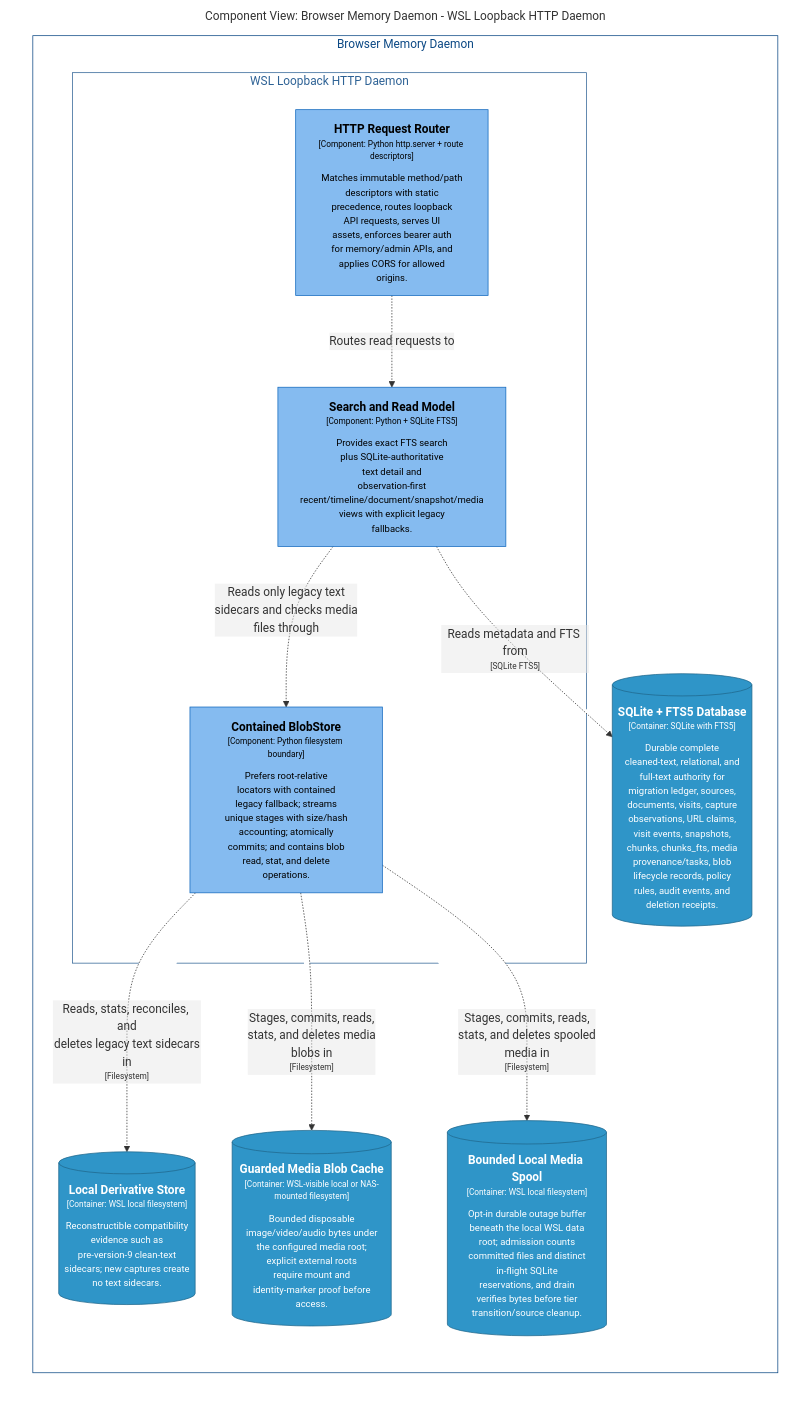
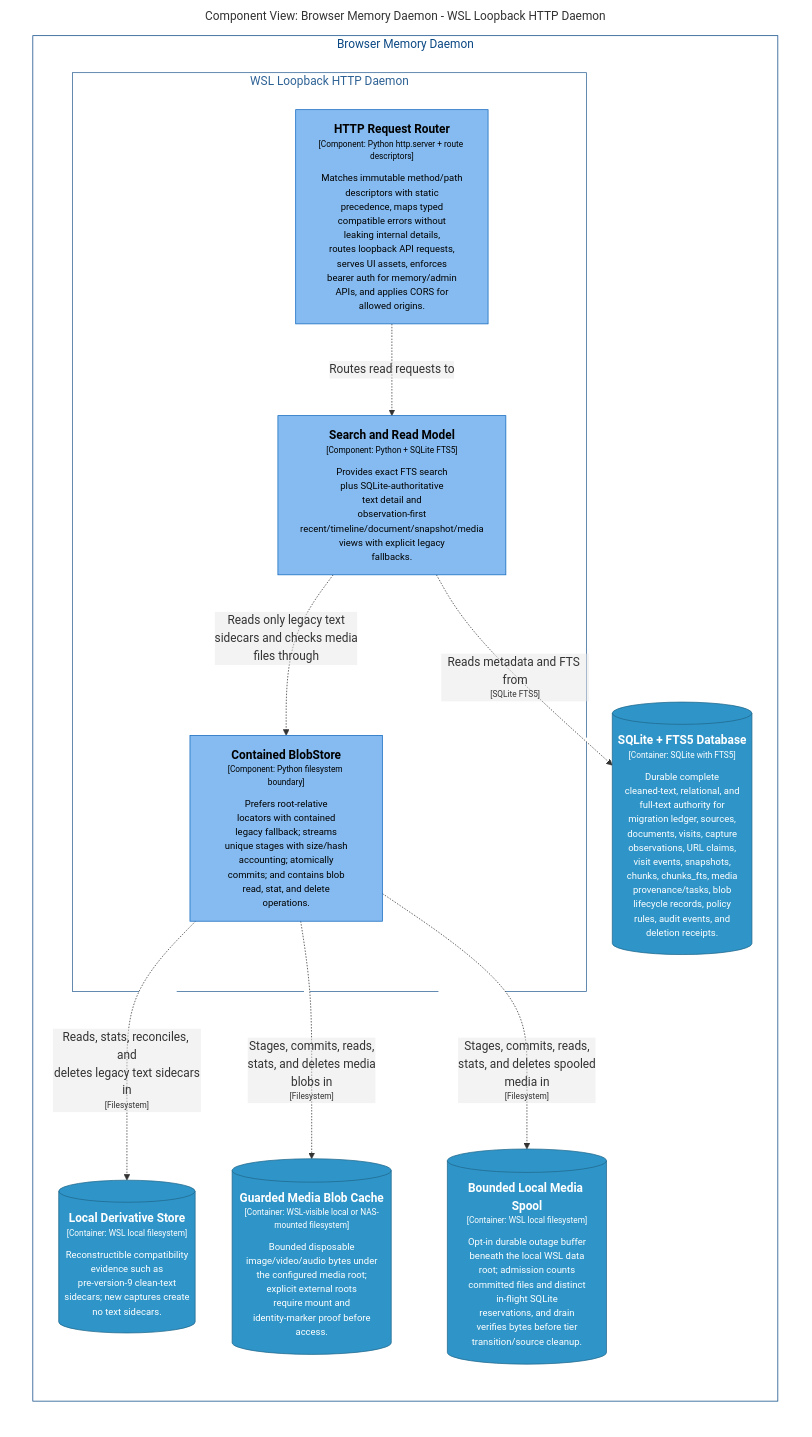
One commit to michaelnicks0/browser-memory-daemon changed the diagram in docs/architecture/diagrams/markdown/DaemonReadComponents.md. Above: the diagram before and after it, drawn with Mermaid. The commit also changed 95 other files, not shown here.

Commit message:
refactor(http): add typed compatible errors

````diff
--- a/docs/architecture/diagrams/markdown/DaemonReadComponents.md
+++ b/docs/architecture/diagrams/markdown/DaemonReadComponents.md
@@ -16,40 +16,40 @@
 ```mermaid
 graph LR
   linkStyle default fill:#ffffff
 
   subgraph diagram ["Component View: Browser Memory Daemon - WSL Loopback HTTP Daemon"]
     style diagram fill:#ffffff,stroke:#ffffff
 
     subgraph 4 ["Browser Memory Daemon"]
       style 4 fill:#ffffff,stroke:#0b4884,color:#0b4884
 
       subgraph 22 ["WSL Loopback HTTP Daemon"]
         style 22 fill:#ffffff,stroke:#2e6295,color:#2e6295
 
-        23["<div style='font-weight: bold'>HTTP Request Router</div><div style='font-size: 70%; margin-top: 0px'>[Component: Python http.server + route descriptors]</div><div style='font-size: 80%; margin-top:10px'>Matches immutable method/path<br />descriptors with static<br />precedence, routes loopback<br />API requests, serves UI<br />assets, enforces bearer auth<br />for memory/admin APIs, and<br />applies CORS for allowed<br />origins.</div>"]
+        23["<div style='font-weight: bold'>HTTP Request Router</div><div style='font-size: 70%; margin-top: 0px'>[Component: Python http.server + route descriptors]</div><div style='font-size: 80%; margin-top:10px'>Matches immutable method/path<br />descriptors with static<br />precedence, maps typed<br />compatible errors without<br />leaking internal details,<br />routes loopback API requests,<br />serves UI assets, enforces<br />bearer auth for memory/admin<br />APIs, and applies CORS for<br />allowed origins.</div>"]
         style 23 fill:#85bbf0,stroke:#1168bd,color:#000000
         38["<div style='font-weight: bold'>Contained BlobStore</div><div style='font-size: 70%; margin-top: 0px'>[Component: Python filesystem boundary]</div><div style='font-size: 80%; margin-top:10px'>Prefers root-relative<br />locators with contained<br />legacy fallback; streams<br />unique stages with size/hash<br />accounting; atomically<br />commits; and contains blob<br />read, stat, and delete<br />operations.</div>"]
         style 38 fill:#85bbf0,stroke:#1168bd,color:#000000
         40["<div style='font-weight: bold'>Search and Read Model</div><div style='font-size: 70%; margin-top: 0px'>[Component: Python + SQLite FTS5]</div><div style='font-size: 80%; margin-top:10px'>Provides exact FTS search<br />plus SQLite-authoritative<br />text detail and<br />observation-first<br />recent/timeline/document/snapshot/media<br />views with explicit legacy<br />fallbacks.</div>"]
         style 40 fill:#85bbf0,stroke:#1168bd,color:#000000
       end
 
       47[("<div style='font-weight: bold'>SQLite + FTS5 Database</div><div style='font-size: 70%; margin-top: 0px'>[Container: SQLite with FTS5]</div><div style='font-size: 80%; margin-top:10px'>Durable complete<br />cleaned-text, relational, and<br />full-text authority for<br />migration ledger, sources,<br />documents, visits, capture<br />observations, URL claims,<br />visit events, snapshots,<br />chunks, chunks_fts, media<br />provenance/tasks, blob<br />lifecycle records, policy<br />rules, audit events, and<br />deletion receipts.</div>")]
       style 47 fill:#2f95c8,stroke:#20688c,color:#ffffff
       48[("<div style='font-weight: bold'>Local Derivative Store</div><div style='font-size: 70%; margin-top: 0px'>[Container: WSL local filesystem]</div><div style='font-size: 80%; margin-top:10px'>Reconstructible compatibility<br />evidence such as<br />pre-version-9 clean-text<br />sidecars; new captures create<br />no text sidecars.</div>")]
       style 48 fill:#2f95c8,stroke:#20688c,color:#ffffff
       49[("<div style='font-weight: bold'>Guarded Media Blob Cache</div><div style='font-size: 70%; margin-top: 0px'>[Container: WSL-visible local or NAS-mounted filesystem]</div><div style='font-size: 80%; margin-top:10px'>Bounded disposable<br />image/video/audio bytes under<br />the configured media root;<br />explicit external roots<br />require mount and<br />identity-marker proof before<br />access.</div>")]
       style 49 fill:#2f95c8,stroke:#20688c,color:#ffffff
       50[("<div style='font-weight: bold'>Bounded Local Media Spool</div><div style='font-size: 70%; margin-top: 0px'>[Container: WSL local filesystem]</div><div style='font-size: 80%; margin-top:10px'>Opt-in durable outage buffer<br />beneath the local WSL data<br />root; admission counts<br />committed files and distinct<br />in-flight SQLite<br />reservations, and drain<br />verifies bytes before tier<br />transition/source cleanup.</div>")]
       style 50 fill:#2f95c8,stroke:#20688c,color:#ffffff
     end
 
     23-. "<div>Routes read requests to</div><div style='font-size: 70%'></div>" .->40
     40-. "<div>Reads metadata and FTS from</div><div style='font-size: 70%'>[SQLite FTS5]</div>" .->47
     40-. "<div>Reads only legacy text<br />sidecars and checks media<br />files through</div><div style='font-size: 70%'></div>" .->38
     38-. "<div>Reads, stats, reconciles, and<br />deletes legacy text sidecars<br />in</div><div style='font-size: 70%'>[Filesystem]</div>" .->48
     38-. "<div>Stages, commits, reads,<br />stats, and deletes media<br />blobs in</div><div style='font-size: 70%'>[Filesystem]</div>" .->49
     38-. "<div>Stages, commits, reads,<br />stats, and deletes spooled<br />media in</div><div style='font-size: 70%'>[Filesystem]</div>" .->50
 
   end
 ```
````
